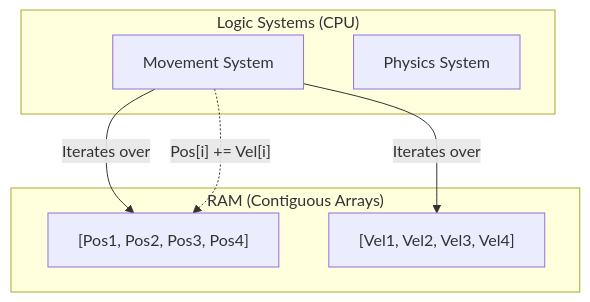
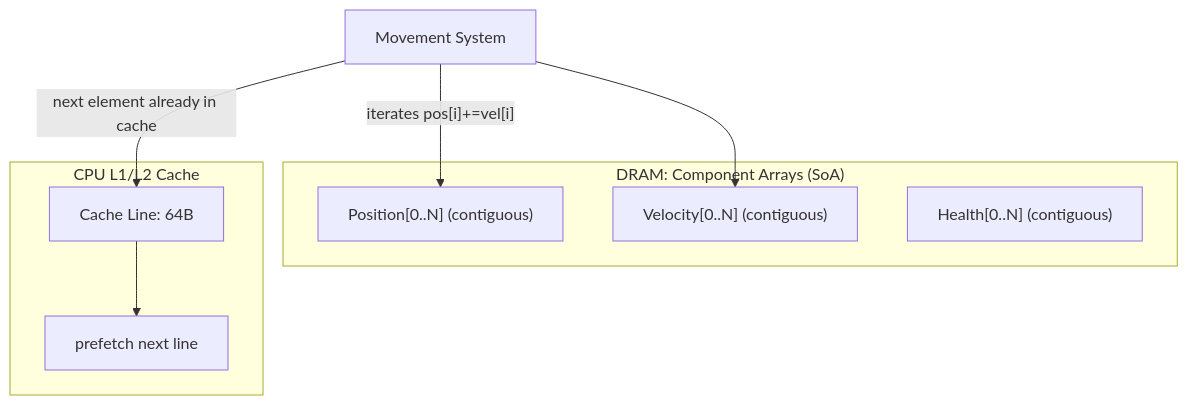
The first of 4 diagrams in skills/game/game-engine/ecs-pattern/SKILL.md (j4flmao/agent-skills), drawn with Mermaid before and after one commit. The commit also changed other lines of this file and 152 other files, not shown here.

````diff
--- a/skills/game/game-engine/ecs-pattern/SKILL.md
+++ b/skills/game/game-engine/ecs-pattern/SKILL.md
@@ -19,17 +59,17 @@
 ```mermaid
 %%{init: {"theme": "default", "flowchart": {"useMaxWidth": true}}}%%
 flowchart TD
-    subgraph Memory ["RAM (Contiguous Arrays)"]
-        A["[Pos1, Pos2, Pos3, Pos4]"]
-        B["[Vel1, Vel2, Vel3, Vel4]"]
+    subgraph RAM ["DRAM: Component Arrays (SoA)"]
+        A["Position[0..N]  (contiguous)"]
+        B["Velocity[0..N]  (contiguous)"]
+        C["Health[0..N]  (contiguous)"]
     end
-    
-    subgraph Systems ["Logic Systems (CPU)"]
-        C["Movement System"]
-        D["Physics System"]
+    subgraph CORE ["CPU L1/L2 Cache"]
+        D["Cache Line: 64B"]
+        E["prefetch next line"]
     end
-    
-    C -->|"Iterates over"| A
-    C -->|"Iterates over"| B
-    C -.->|"Pos[i] += Vel[i]"| A
+    F["Movement System"] -->|"iterates pos[i]+=vel[i]"| A
+    F --> B
+    F -->|"next element already in cache"| D
+    D --> E
 ```
````
